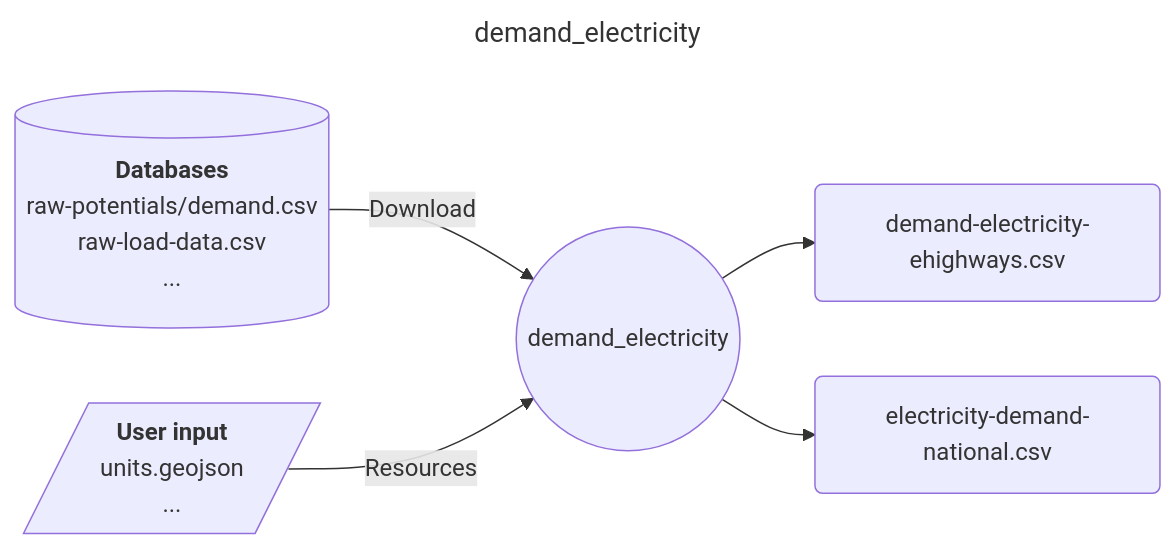
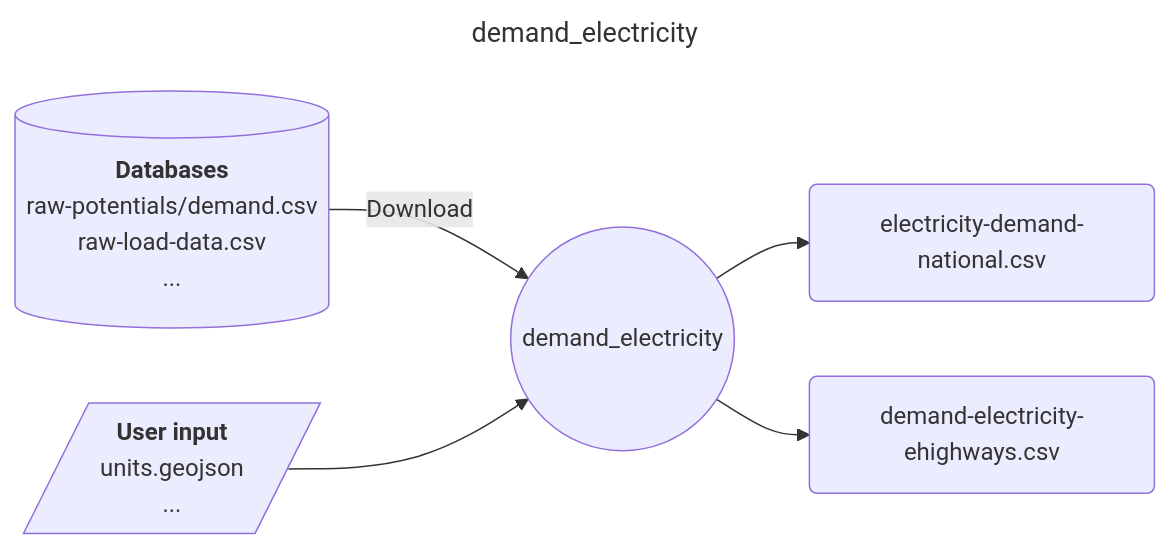
The diagram in modules/demand_electricity/README.md (calliope-project/ec_modules), drawn with Mermaid before and after one commit.

Commit message:
Tweak IO diagram

````diff
--- a/modules/demand_electricity/README.md
+++ b/modules/demand_electricity/README.md
@@ -9,21 +9,21 @@
 ```mermaid
 ---
 title: demand_electricity
 ---
 flowchart LR
     D1[("`**Databases**
         raw-potentials/demand.csv
         raw-load-data.csv
         ...
     `")] --> |Download| M
     C1[/"`**User input**
         units.geojson
         ...
-    `"/] --> |Resources| M((demand_electricity))
+    `"/] --> M((demand_electricity))
     M --> O1("
+        electricity-demand-national.csv
+        ")
+    M --> O2("
         demand-electricity-ehighways.csv
         ")
-    M --> O2("
-        electricity-demand-national.csv
-        ")
 ```
````
